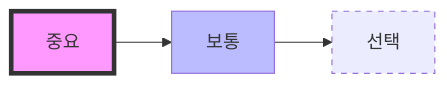
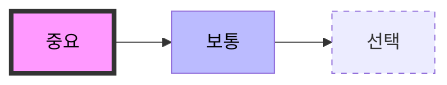
The fourth of 5 diagrams in Mermaid/[1] 다이어그램 기초와 플로우차트 작성/[1.1.3] 노드와 연결선 기본 문법.md (cherrycoder9/syntax-archive), drawn with Mermaid before and after one commit. The commit also changed other lines of this file, not shown here.

````diff
--- a/Mermaid/[1] 다이어그램 기초와 플로우차트 작성/[1.1.3] 노드와 연결선 기본 문법.md
+++ b/Mermaid/[1] 다이어그램 기초와 플로우차트 작성/[1.1.3] 노드와 연결선 기본 문법.md
@@ -106,8 +106,8 @@
 ```mermaid
 graph LR
     A[중요] --> B[보통]
     B --> C[선택]
-    style A fill:#f9f,stroke:#333,stroke-width:4px
-    style B fill:#bbf
+    style A fill:#f9f,stroke:#333,stroke-width:4px,color:black
+    style B fill:#bbf,color:black
     style C stroke-dasharray: 5 5
 ```
````
